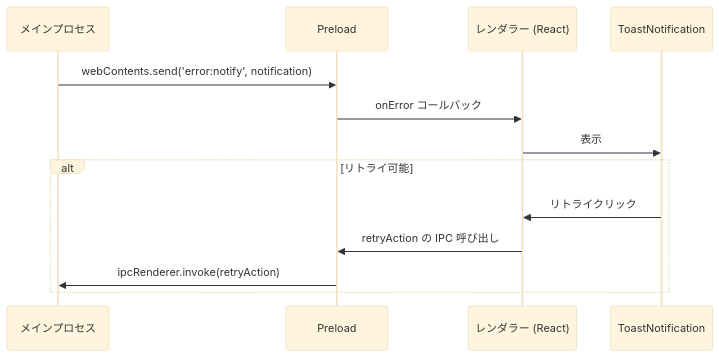
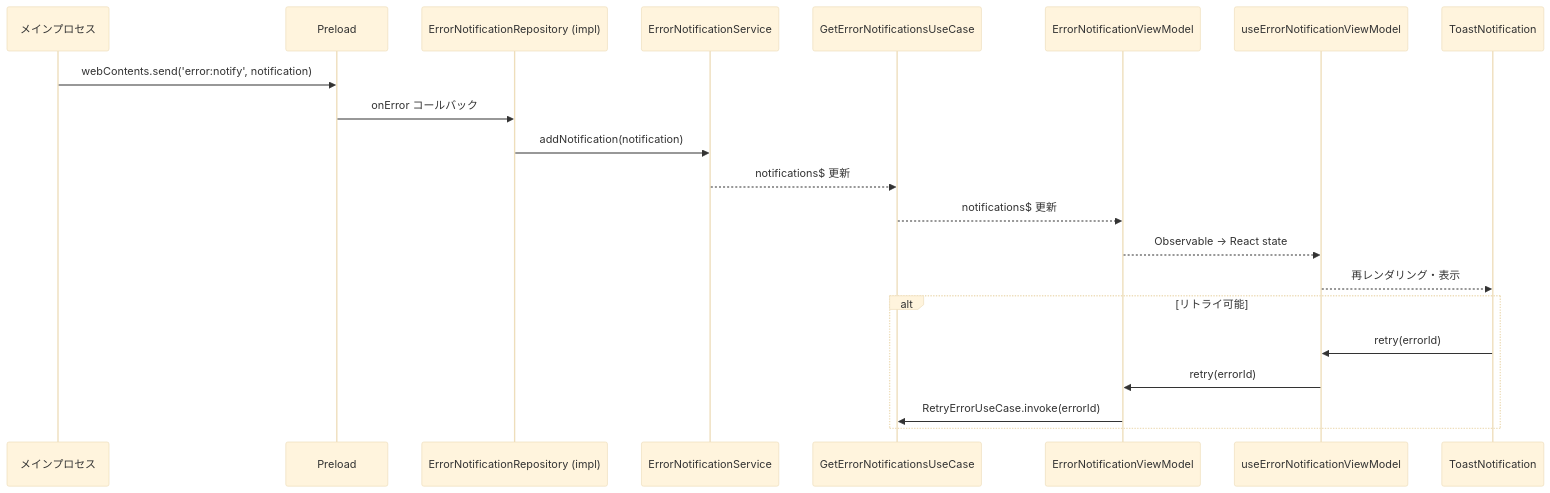
One commit to ToshikiImagawa/Buruma changed the second of 3 diagrams in .sdd/specification/application-foundation_spec.md. Above: the diagram before and after it, drawn with Mermaid (base theme). The commit also changed other lines of this file and 33 other files, not shown here.

Commit message:
Enforce Prettier formatting and add typecheck, format, and format:check scripts in package.json; refactor the codebase for consistent styling with updated ESLint and Prettier integration; add useObservable hook and comprehensive test coverage

````diff
--- a/.sdd/specification/application-foundation_spec.md
+++ b/.sdd/specification/application-foundation_spec.md
@@ -231,17 +397,25 @@
 ```mermaid
 sequenceDiagram
     participant Main as メインプロセス
     participant Preload as Preload
-    participant Renderer as レンダラー (React)
+    participant Repo as ErrorNotificationRepository (impl)
+    participant Svc as ErrorNotificationService
+    participant UC as GetErrorNotificationsUseCase
+    participant VM as ErrorNotificationViewModel
+    participant Hook as useErrorNotificationViewModel
     participant Toast as ToastNotification
 
     Main ->> Preload: webContents.send('error:notify', notification)
-    Preload ->> Renderer: onError コールバック
-    Renderer ->> Toast: 表示
+    Preload ->> Repo: onError コールバック
+    Repo ->> Svc: addNotification(notification)
+    Svc -->> UC: notifications$ 更新
+    UC -->> VM: notifications$ 更新
+    VM -->> Hook: Observable → React state
+    Hook -->> Toast: 再レンダリング・表示
 
     alt リトライ可能
-        Toast ->> Renderer: リトライクリック
-        Renderer ->> Preload: retryAction の IPC 呼び出し
-        Preload ->> Main: ipcRenderer.invoke(retryAction)
+        Toast ->> Hook: retry(errorId)
+        Hook ->> VM: retry(errorId)
+        VM ->> UC: RetryErrorUseCase.invoke(errorId)
     end
 ```
````
